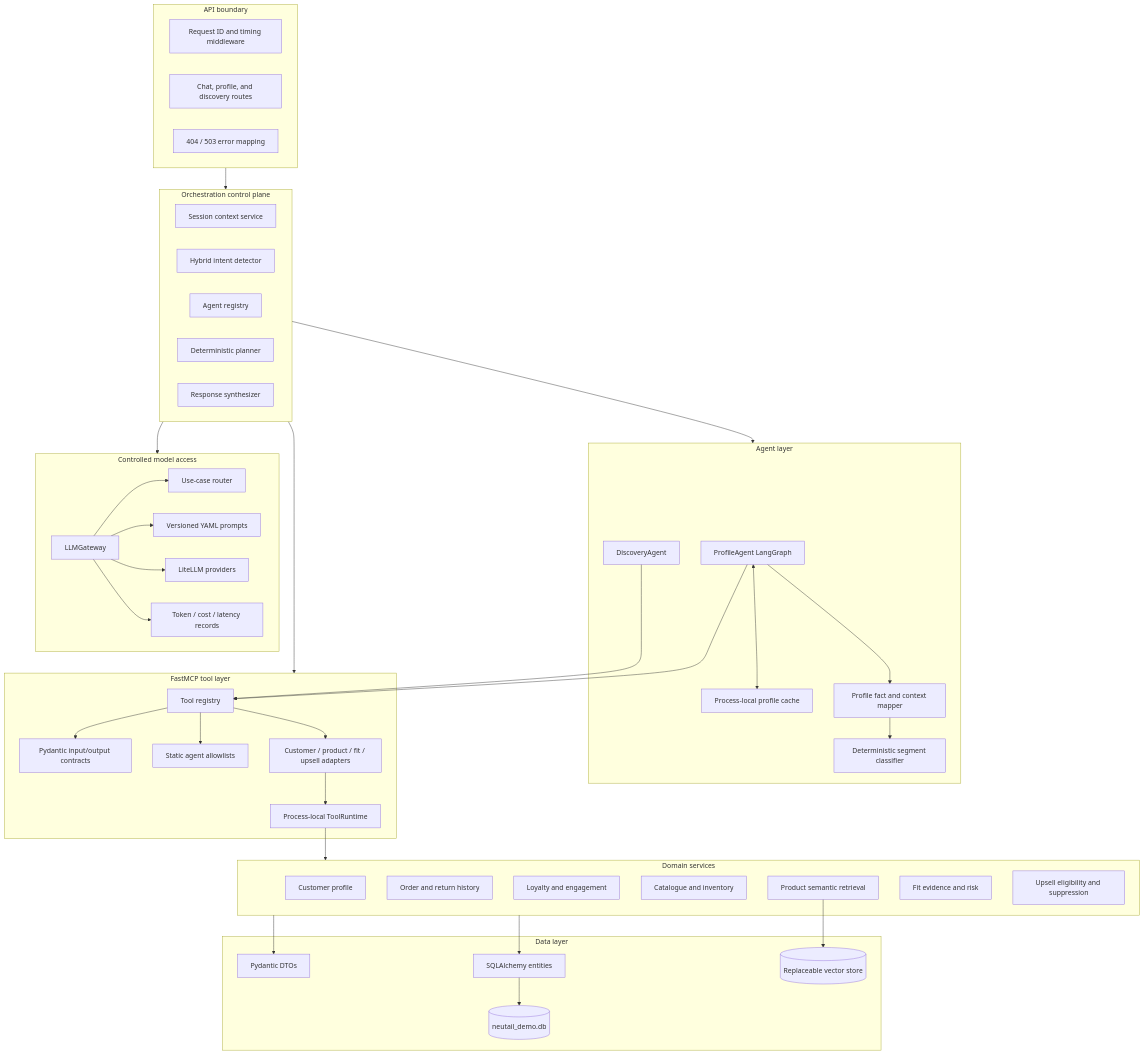
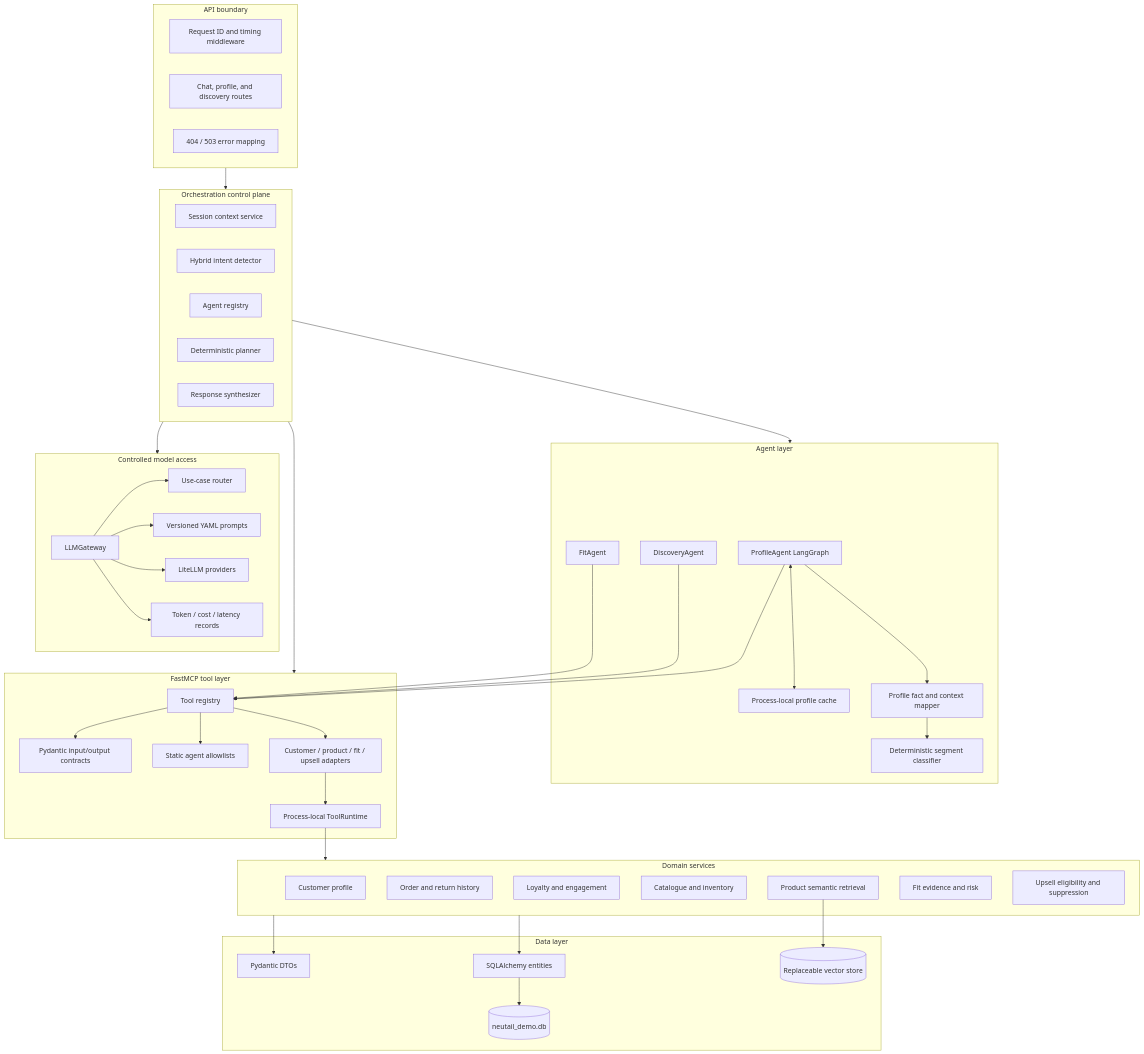
One commit to budurusumithkumar/Neutail changed the second of 9 diagrams in SYSTEM_DESIGN.md. Above: the diagram before and after it, drawn with Mermaid. The commit also changed other lines of this file and 28 other files, not shown here.

````diff
--- a/SYSTEM_DESIGN.md
+++ b/SYSTEM_DESIGN.md
@@ -76,80 +83,82 @@
 ```mermaid
 flowchart TB
     subgraph Boundary[API boundary]
         MW[Request ID and timing middleware]
         Routes[Chat, profile, and discovery routes]
         Errors[404 / 503 error mapping]
     end
 
     subgraph Agent[Agent layer]
         Graph[ProfileAgent LangGraph]
         Discovery[DiscoveryAgent]
+        FitAgent[FitAgent]
         Cache[Process-local profile cache]
         Rules[Deterministic segment classifier]
         Mapper[Profile fact and context mapper]
     end
 
     subgraph Control[Orchestration control plane]
         Session[Session context service]
         Intent[Hybrid intent detector]
         AgentRegistry[Agent registry]
         Planner[Deterministic planner]
         Synthesis[Response synthesizer]
     end
 
     subgraph Tools[FastMCP tool layer]
         Registry[Tool registry]
         Contracts[Pydantic input/output contracts]
         Policy[Static agent allowlists]
         Adapters[Customer / product / fit / upsell adapters]
         Runtime[Process-local ToolRuntime]
     end
 
     subgraph Domain[Domain services]
         Customer[Customer profile]
         History[Order and return history]
         Loyalty[Loyalty and engagement]
         Product[Catalogue and inventory]
         Retrieval[Product semantic retrieval]
         Fit[Fit evidence and risk]
         Upsell[Upsell eligibility and suppression]
     end
 
     subgraph Data[Data layer]
         DTO[Pydantic DTOs]
         Entities[SQLAlchemy entities]
         SQLite[(neutail_demo.db)]
         Vector[(Replaceable vector store)]
     end
 
     subgraph Models[Controlled model access]
         Gateway[LLMGateway]
         Router[Use-case router]
         Prompts[Versioned YAML prompts]
         Telemetry[Token / cost / latency records]
         Providers[LiteLLM providers]
     end
 
     Boundary --> Control
     Control --> Agent
     Control --> Tools
     Control --> Models
     Graph <--> Cache
     Graph --> Registry
     Graph --> Mapper
     Discovery --> Registry
+    FitAgent --> Registry
     Mapper --> Rules
     Registry --> Policy
     Registry --> Contracts
     Registry --> Adapters
     Adapters --> Runtime
     Runtime --> Domain
     Domain --> DTO
     Retrieval --> Vector
     Domain --> Entities
     Entities --> SQLite
     Gateway --> Router
     Gateway --> Prompts
     Gateway --> Providers
     Gateway --> Telemetry
 ```
````
